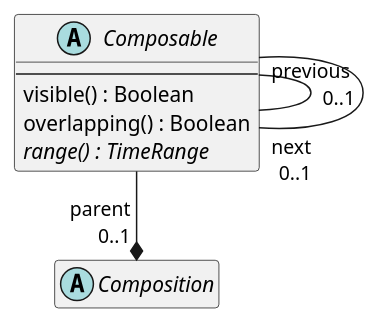
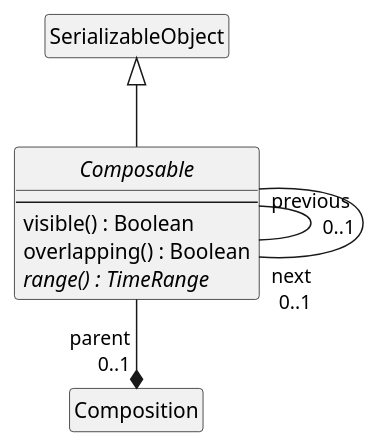
Before and after one commit to sandflow/otio-core-specification: the tenth of 34 diagrams in src/main/md/otio-core.md, drawn with PlantUML. The commit also changed other lines of this file, not shown here.

Commit message:
Improve class diagrams and document conventions (#13)

````diff
--- a/src/main/md/otio-core.md
+++ b/src/main/md/otio-core.md
@@ -457,20 +521,21 @@
 ```puml
 @startuml
 skinparam classAttributeIconSize 0
 hide empty members
+hide circle
 
 abstract class Composable {
   --
   visible() : Boolean
   overlapping() : Boolean
   {abstract} range() : TimeRange
 }
 
-abstract class Composition
+SerializableObject <|-- Composable
 
 Composable --* "parent\r0..1" Composition
 Composable -- "previous \r0..1" Composable
 Composable - "next\r0..1" Composable
 
 @enduml
 ```
````
